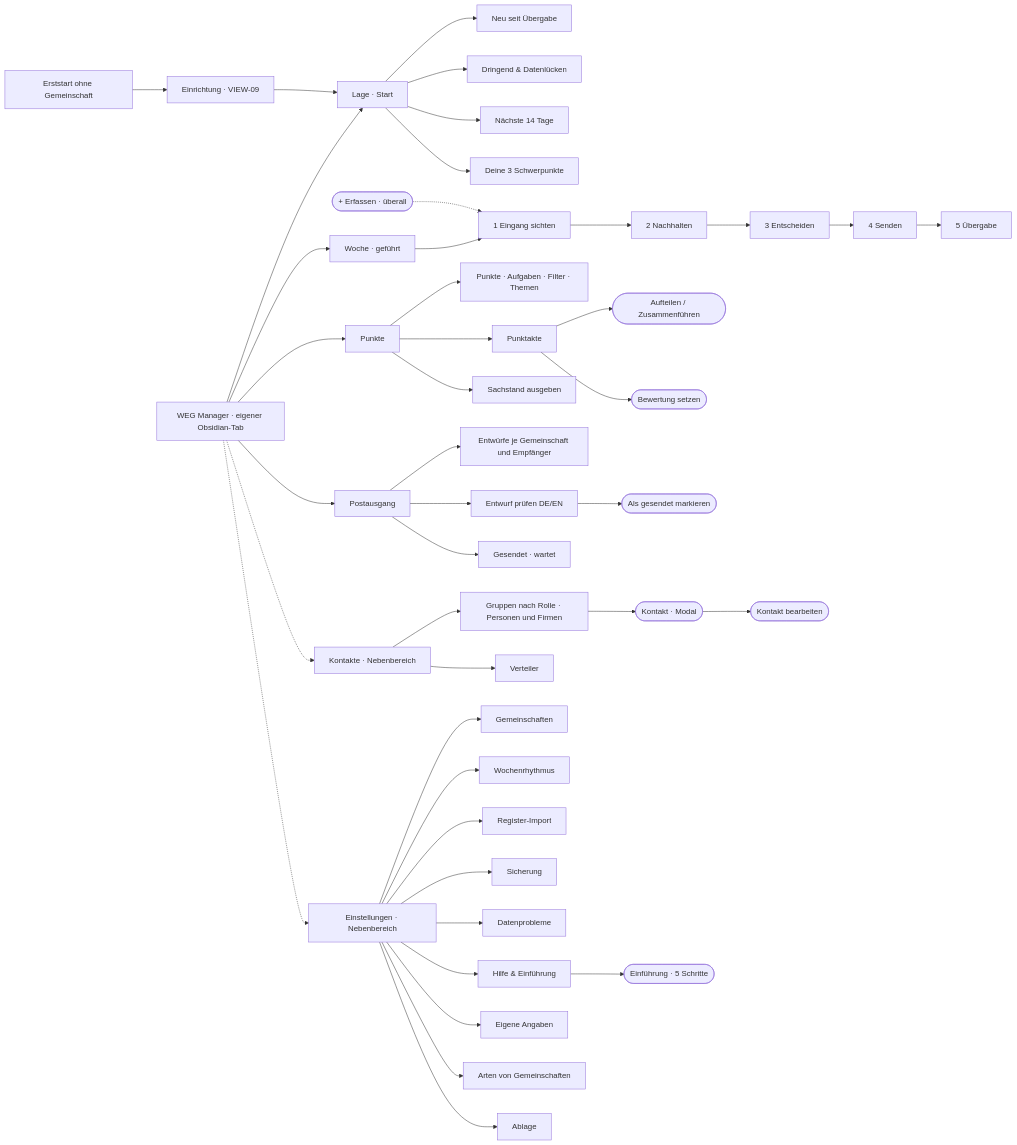
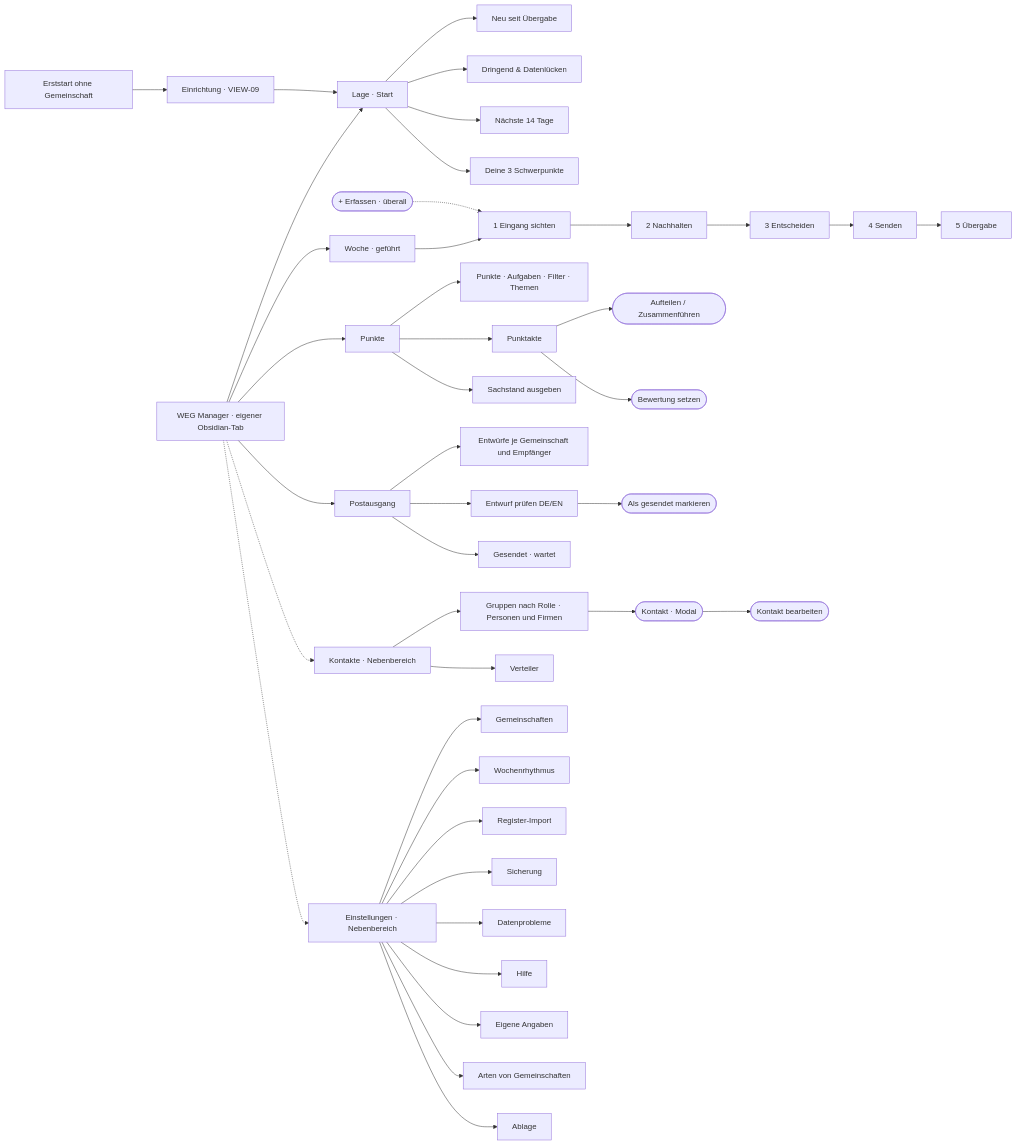
Before and after one commit to Luis85/weg-manager: the diagram in docs/design/sitemap/00 - Sitemap.md, drawn with Mermaid. The commit also changed 35 other files, not shown here.

````diff
--- a/docs/design/sitemap/00 - Sitemap.md
+++ b/docs/design/sitemap/00 - Sitemap.md
@@ -32,45 +32,44 @@
 ```mermaid
 flowchart LR
   R[WEG Manager · eigener Obsidian-Tab]
   R --> L[Lage · Start]
   R --> W[Woche · geführt]
   R --> P[Punkte]
   R --> O[Postausgang]
   R -.-> K[Kontakte · Nebenbereich]
   R -.-> S[Einstellungen · Nebenbereich]
   L --> L1[Neu seit Übergabe]
   L --> L2[Dringend & Datenlücken]
   L --> L3[Nächste 14 Tage]
   L --> L4[Deine 3 Schwerpunkte]
   W --> W1[1 Eingang sichten]
   W1 --> W2[2 Nachhalten]
   W2 --> W3[3 Entscheiden]
   W3 --> W4[4 Senden]
   W4 --> W5[5 Übergabe]
   P --> P1[Punkte · Aufgaben · Filter · Themen]
   P --> P2[Punktakte]
   P2 --> P3([Aufteilen / Zusammenführen])
   P2 --> P4([Bewertung setzen])
   P --> P5[Sachstand ausgeben]
   O --> O1[Entwürfe je Gemeinschaft und Empfänger]
   O --> O2[Entwurf prüfen DE/EN]
   O2 --> O3([Als gesendet markieren])
   O --> O4[Gesendet · wartet]
   K --> K1[Gruppen nach Rolle · Personen und Firmen]
   K --> K2[Verteiler]
   K1 --> K4([Kontakt · Modal])
   K4 --> K3([Kontakt bearbeiten])
   S --> S1[Gemeinschaften]
   S --> S2[Wochenrhythmus]
   S --> S3[Register-Import]
   S --> S4[Sicherung]
   S --> S5[Datenprobleme]
-  S --> S6[Hilfe & Einführung]
-  S6 --> S7([Einführung · 5 Schritte])
+  S --> S6[Hilfe]
   E0[Erststart ohne Gemeinschaft] --> E1[Einrichtung · VIEW-09]
   E1 --> L
   S --> S8[Eigene Angaben]
   S --> S9[Arten von Gemeinschaften]
   S --> S10[Ablage]
   G([+ Erfassen · überall]) -.-> W1
 ```
````
